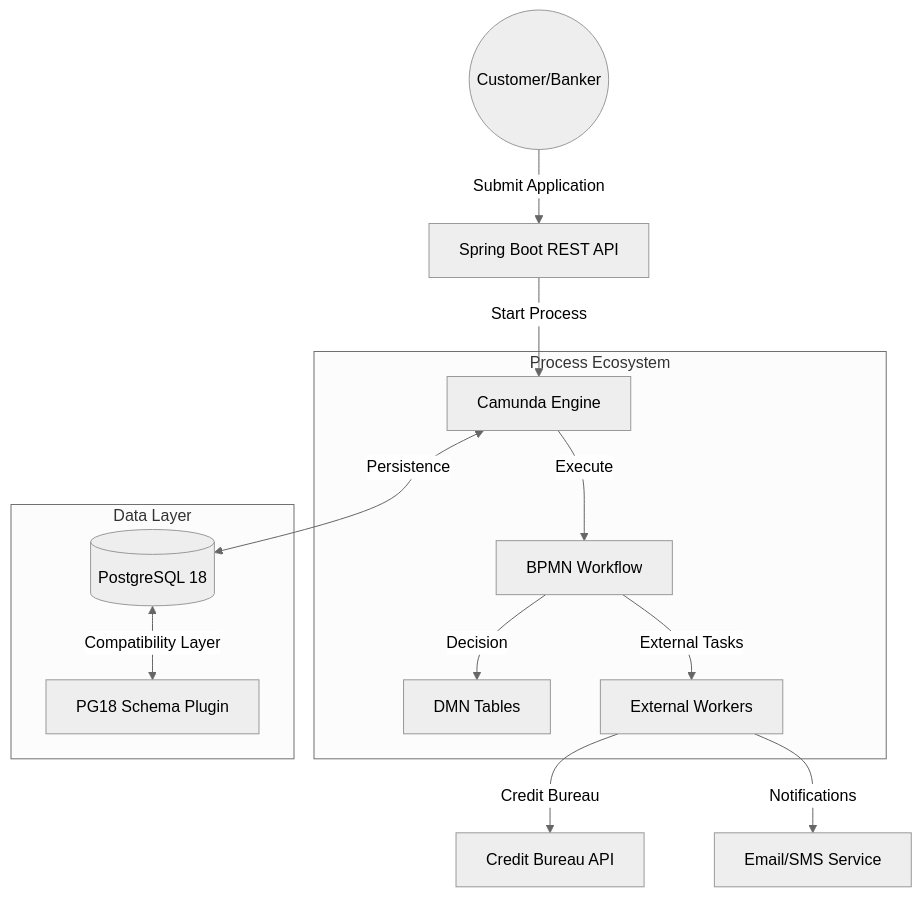
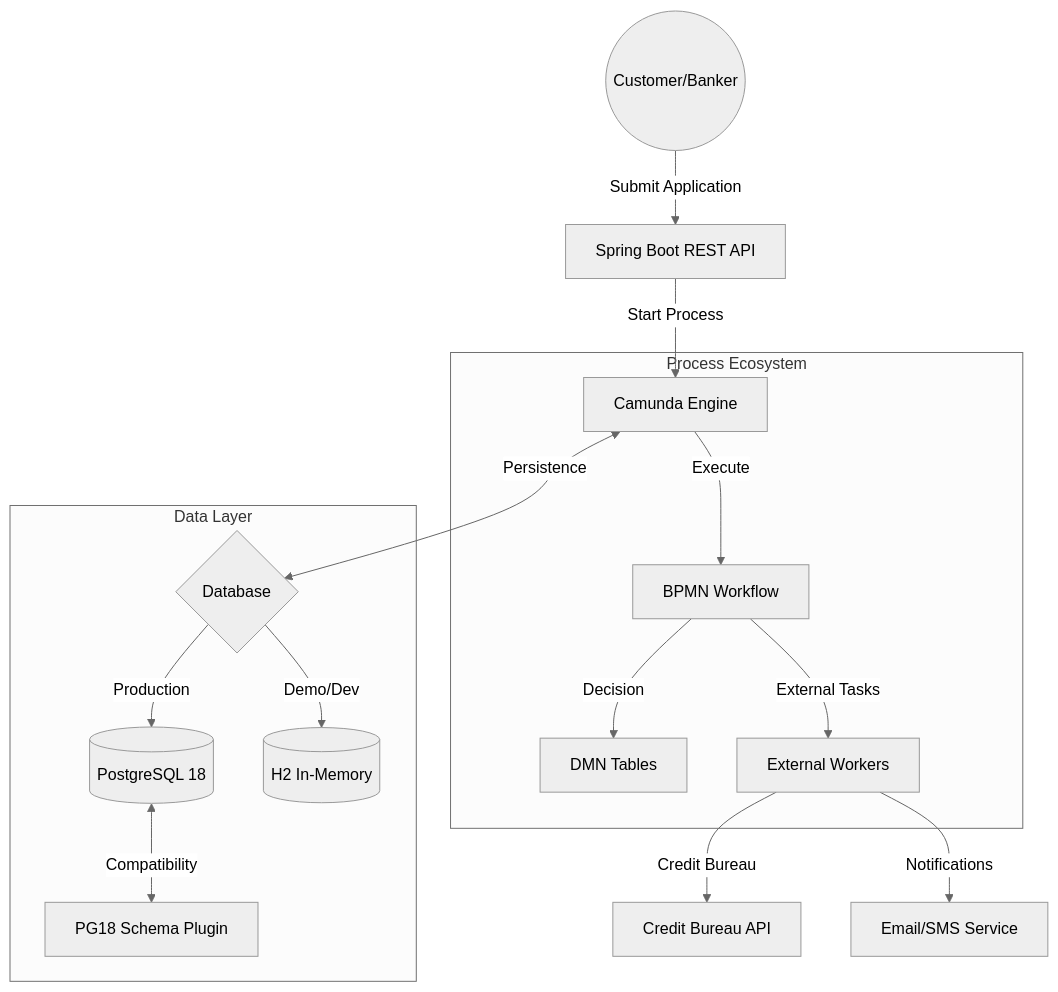
Before and after one commit to unknown1fsh/camunda-credit-approval-system: the first of 4 diagrams in README.md, drawn with Mermaid (neutral theme). The commit also changed other lines of this file and 4 other files, not shown here.

Commit message:
feat: add dual database support (H2 + PostgreSQL 18) with Spring profiles

````diff
--- a/README.md
+++ b/README.md
@@ -21,19 +20,21 @@
 ```mermaid
 graph TD
     User((Customer/Banker)) -->|Submit Application| API[Spring Boot REST API]
     API -->|Start Process| Engine[Camunda Engine]
     
     subgraph "Process Ecosystem"
         Engine -->|Execute| BPMN[BPMN Workflow]
         BPMN -->|Decision| DMN[DMN Tables]
         BPMN -->|External Tasks| Workers[External Workers]
     end
     
     subgraph "Data Layer"
-        Engine <-->|Persistence| DB[(PostgreSQL 18)]
-        DB <-->|Compatibility Layer| PG18Fix[PG18 Schema Plugin]
+        Engine <-->|Persistence| DB{Database}
+        DB -->|Production| PG[(PostgreSQL 18)]
+        DB -->|Demo/Dev| H2[(H2 In-Memory)]
+        PG <-->|Compatibility| PG18Fix[PG18 Schema Plugin]
     end
     
     Workers -->|Credit Bureau| CB[Credit Bureau API]
     Workers -->|Notifications| Email[Email/SMS Service]
 ```
````
